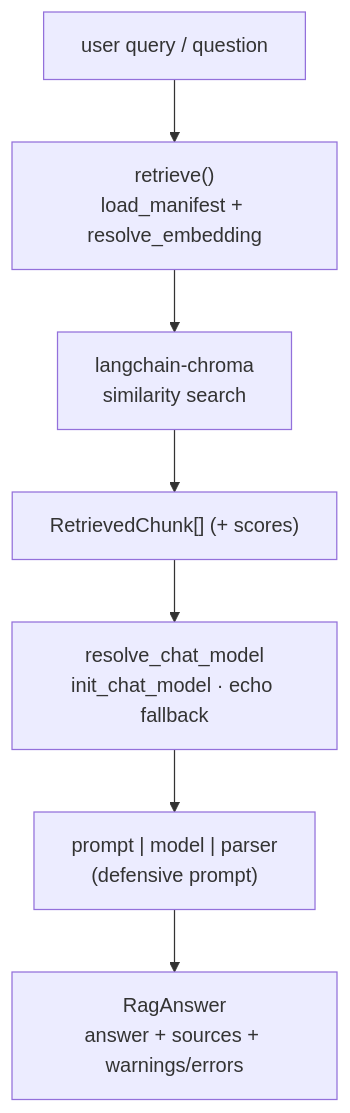
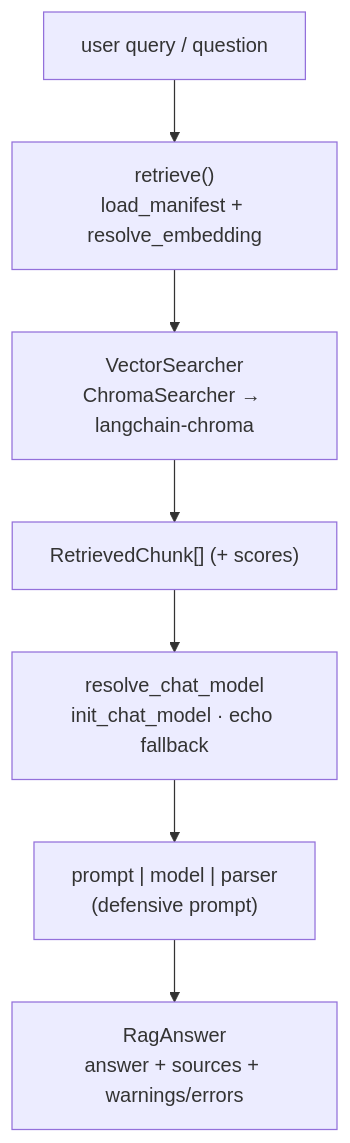
Before and after one commit to prakosd/rag-playground: the fifth of 7 diagrams in docs/ARCHITECTURE.md, drawn with Mermaid. The commit also changed 34 other files, not shown here.

````diff
--- a/docs/ARCHITECTURE.md
+++ b/docs/ARCHITECTURE.md
@@ -87,9 +87,9 @@
 ```mermaid
 flowchart TD
   Query["user query / question"] --> Retrieve["retrieve()<br/>load_manifest + resolve_embedding"]
-  Retrieve --> Chroma["langchain-chroma<br/>similarity search"]
+  Retrieve --> Chroma["VectorSearcher<br/>ChromaSearcher → langchain-chroma"]
   Chroma --> Chunks["RetrievedChunk[] (+ scores)"]
   Chunks --> Resolve["resolve_chat_model<br/>init_chat_model · echo fallback"]
   Resolve --> Generate["prompt | model | parser<br/>(defensive prompt)"]
   Generate --> Answer["RagAnswer<br/>answer + sources + warnings/errors"]
 ```
````
